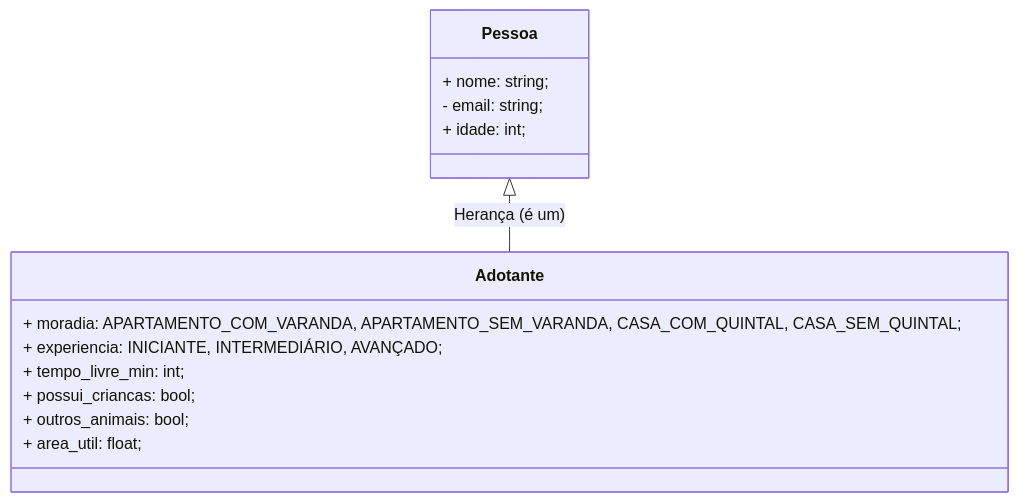
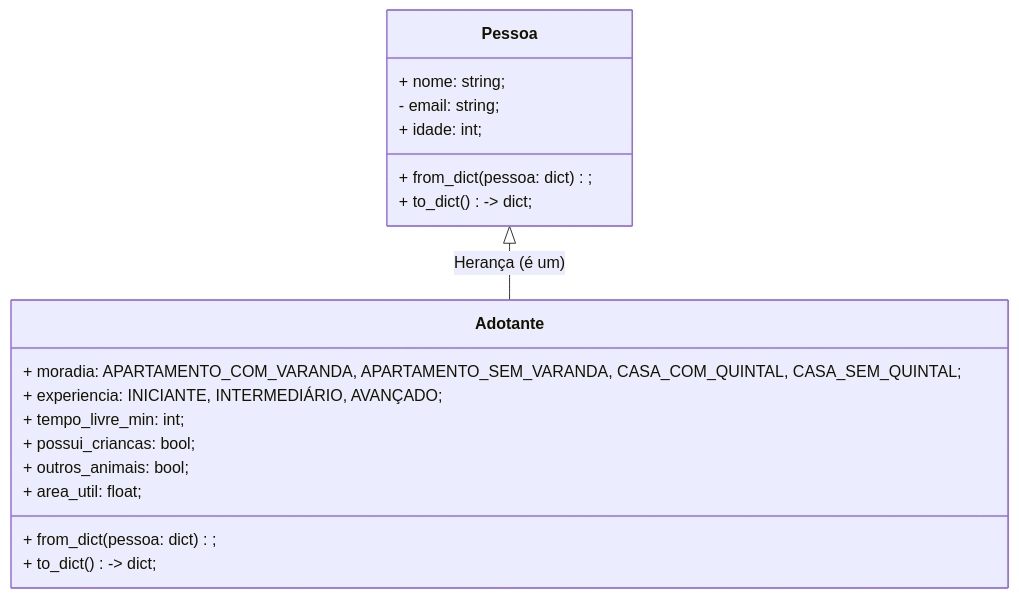
The second of 8 diagrams in docs/uml.md (Alisson014/projeto-1-poo-sistema-adocao-animais), drawn with Mermaid before and after one commit. The commit also changed other lines of this file, not shown here.

Commit message:
docs: update uml.md to reflect step 3 alterations

````diff
--- a/docs/uml.md
+++ b/docs/uml.md
@@ -103,21 +114,25 @@
 ```mermaid
 classDiagram
     %% Classes:
     class Pessoa {
         + nome: string;
         - email: string;
         + idade: int;
+        + from_dict(pessoa: dict);
+        + to_dict() -> dict;
     }
 
     class Adotante {
         + moradia: APARTAMENTO_COM_VARANDA, APARTAMENTO_SEM_VARANDA, CASA_COM_QUINTAL, CASA_SEM_QUINTAL;
         + experiencia: INICIANTE, INTERMEDIÁRIO, AVANÇADO;
         + tempo_livre_min: int;
         + possui_criancas: bool;
         + outros_animais: bool;
         + area_util: float;
+        + from_dict(pessoa: dict);
+        + to_dict() -> dict;
     }
 
     %% Relacionamentos:
     Pessoa <|-- Adotante : Herança (é um)
 ```
````
